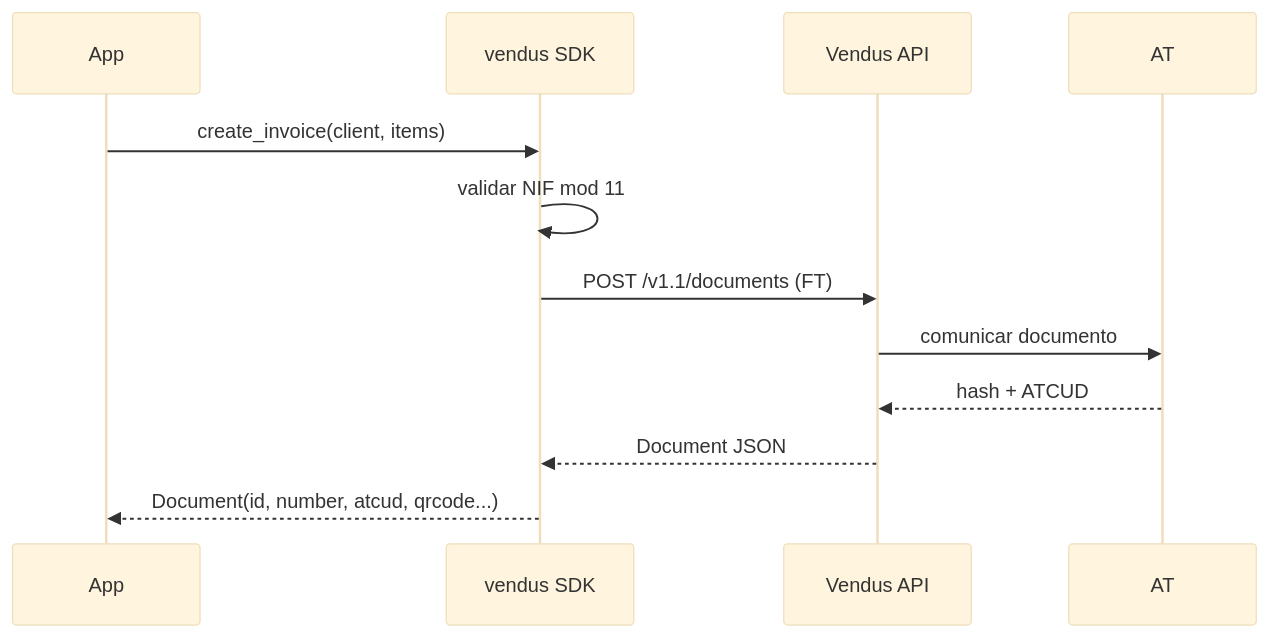
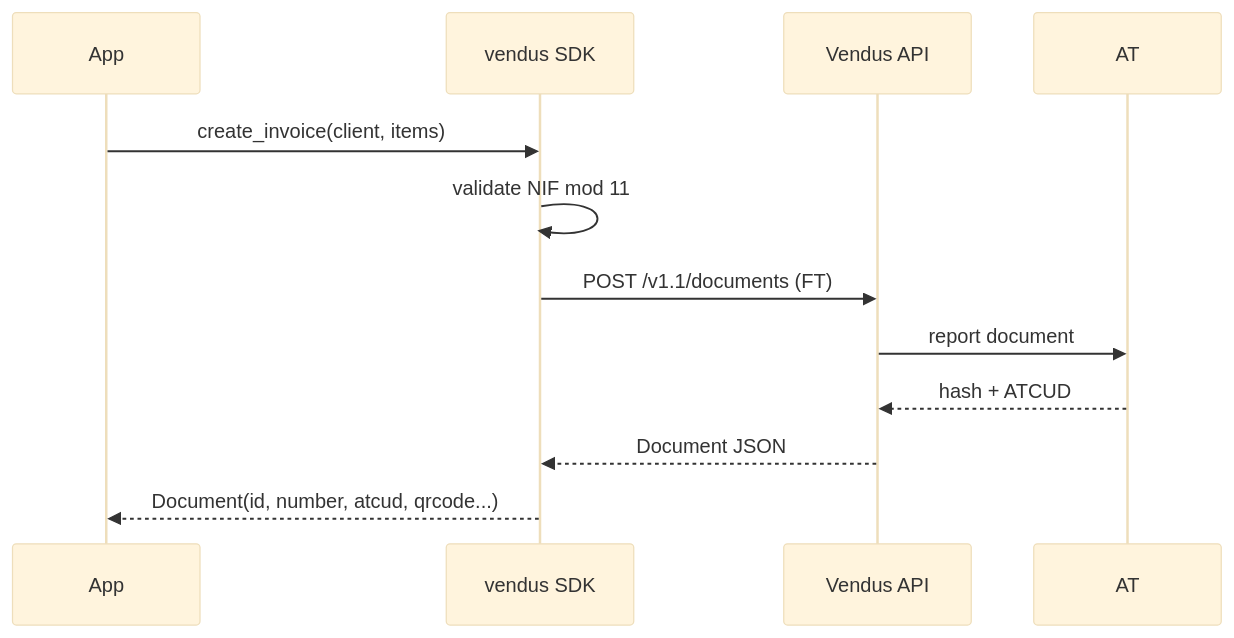
The diagram in docs/documents/invoice.md (bilouro/vendus-python), drawn with Mermaid (base theme) before and after one commit. The commit also changed other lines of this file and 38 other files, not shown here.

````diff
--- a/docs/documents/invoice.md
+++ b/docs/documents/invoice.md
@@ -15,15 +15,15 @@
 ```mermaid
 sequenceDiagram
     participant App
     participant SDK as vendus SDK
     participant API as Vendus API
     participant AT
 
     App->>SDK: create_invoice(client, items)
-    SDK->>SDK: validar NIF mod 11
+    SDK->>SDK: validate NIF mod 11
     SDK->>API: POST /v1.1/documents (FT)
-    API->>AT: comunicar documento
+    API->>AT: report document
     AT-->>API: hash + ATCUD
     API-->>SDK: Document JSON
     SDK-->>App: Document(id, number, atcud, qrcode...)
 ```
````
